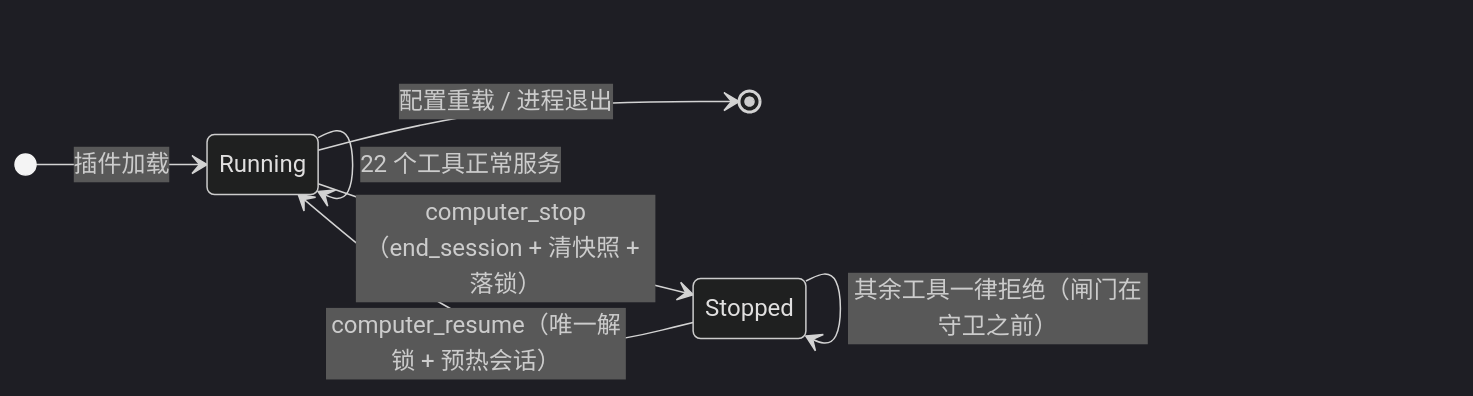
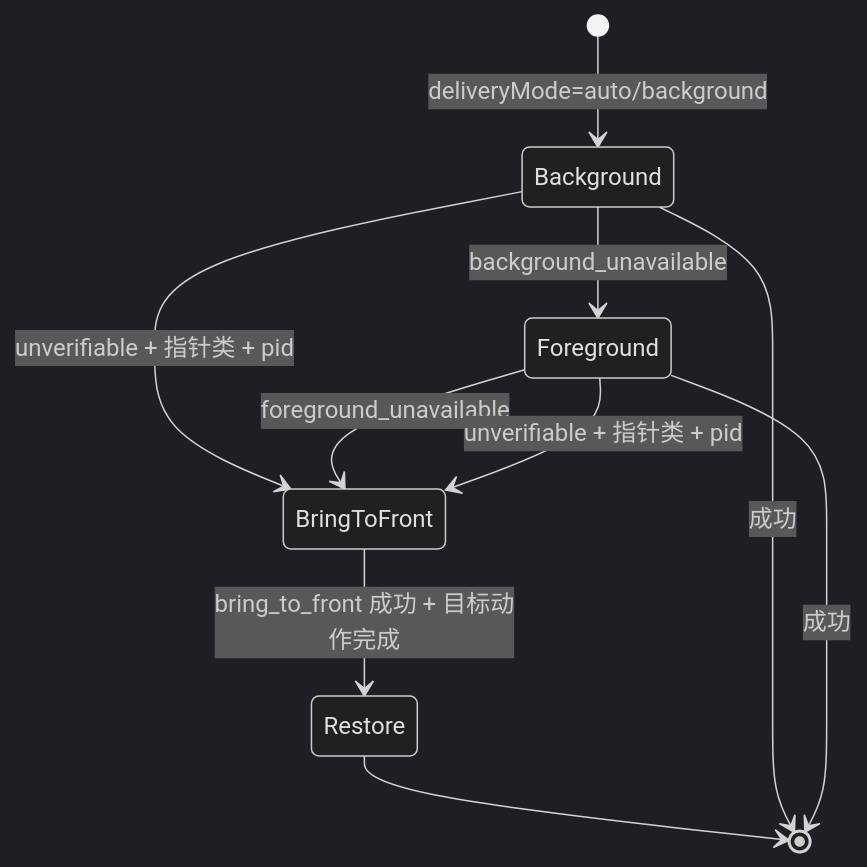
One commit to orangeofcarl0-sys/dsh-win-computer-use changed the fourth of 4 diagrams in docs/ARCHITECTURE.md. Above: the diagram before and after it, drawn with Mermaid (dark theme). The commit also changed other lines of this file and 17 other files, not shown here.

````diff
--- a/docs/ARCHITECTURE.md
+++ b/docs/ARCHITECTURE.md
@@ -142,10 +289,12 @@
 ```mermaid
 stateDiagram-v2
-  direction LR
-  [*] --> Running: 插件加载
-  Running --> Running: 22 个工具正常服务
-  Running --> Stopped: computer_stop<br/>（end_session + 清快照 + 落锁）
-  Stopped --> Stopped: 其余工具一律拒绝（闸门在守卫之前）
-  Stopped --> Running: computer_resume（唯一解锁 + 预热会话）
-  Running --> [*]: 配置重载 / 进程退出
+  [*] --> Background: deliveryMode=auto/background
+  Background --> Foreground: background_unavailable
+  Background --> BringToFront: unverifiable + 指针类 + pid
+  Foreground --> BringToFront: foreground_unavailable
+  Foreground --> BringToFront: unverifiable + 指针类 + pid
+  BringToFront --> Restore: bring_to_front 成功 + 目标动作完成
+  Restore --> [*]
+  Background --> [*]: 成功
+  Foreground --> [*]: 成功
 ```
````
